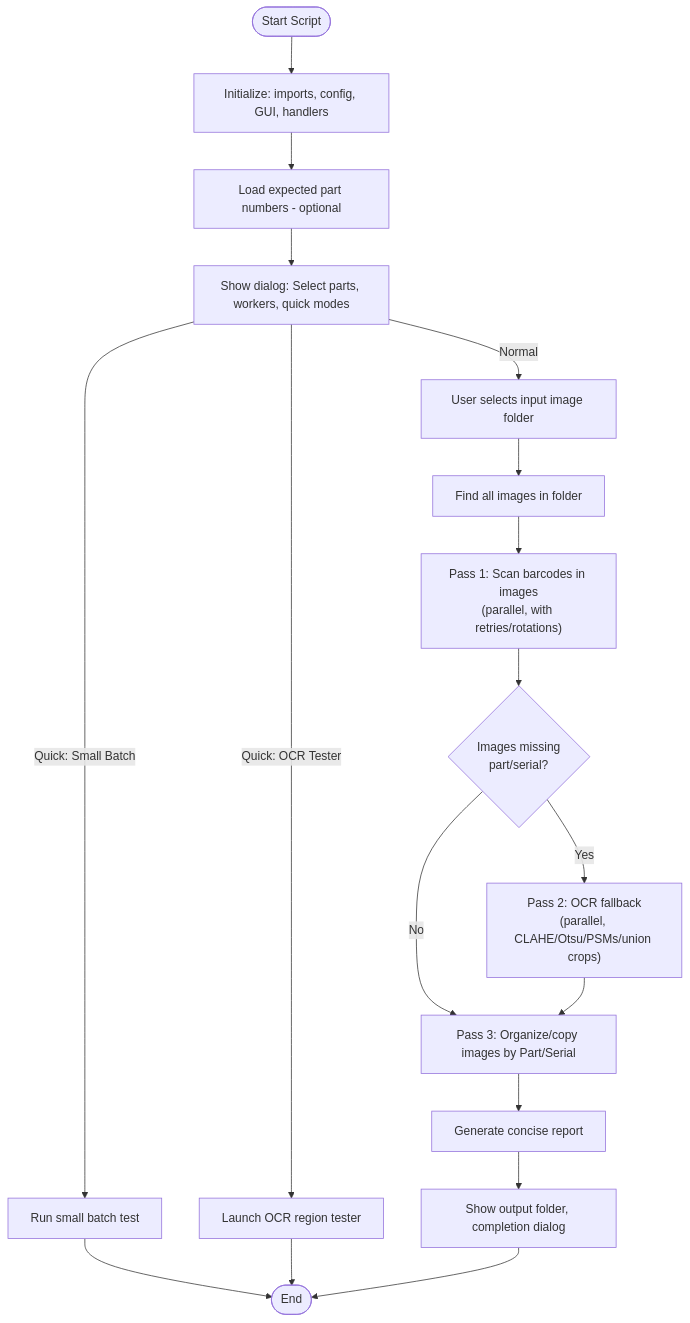
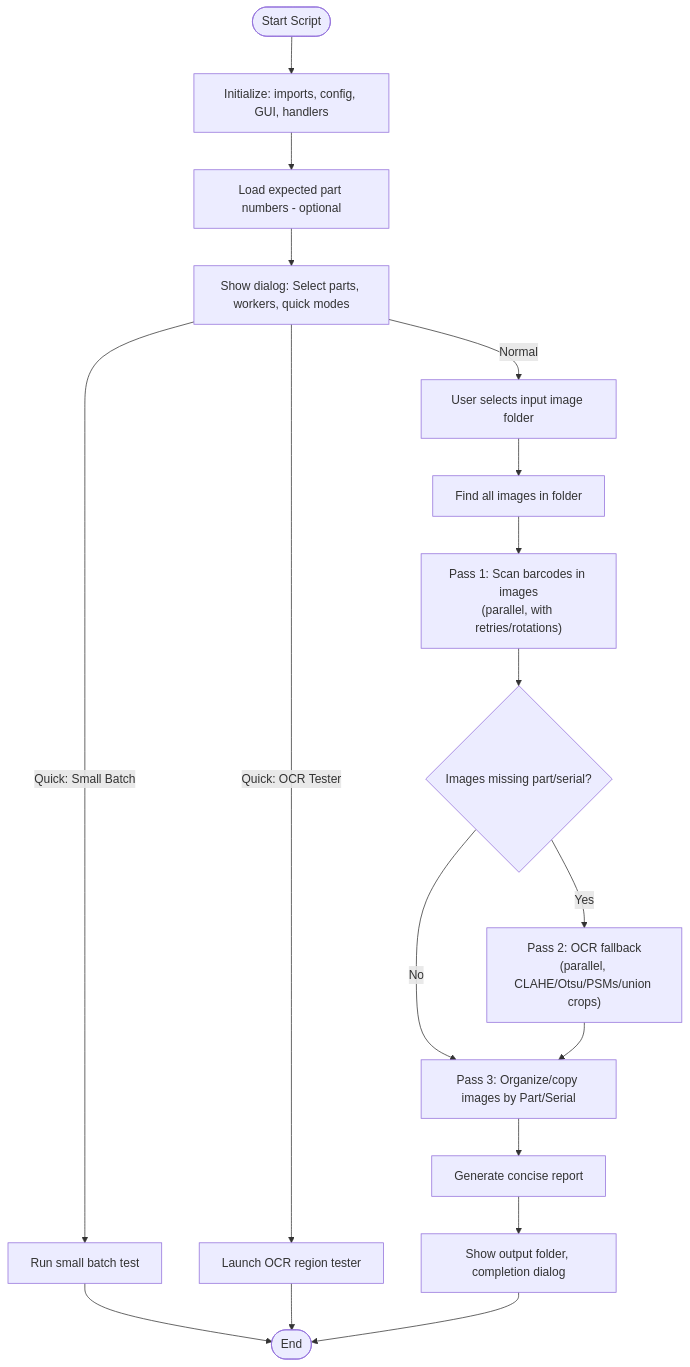
The diagram in Packaging Photo Sorter/README.md (matthewsolc66/Barcode-Reading), drawn with Mermaid before and after one commit. The commit also changed other lines of this file and 1 other file, not shown here.

````diff
--- a/Packaging Photo Sorter/README.md
+++ b/Packaging Photo Sorter/README.md
@@ -71,18 +66,18 @@
 ```mermaid
 flowchart TD
     ST([Start Script]) --> INIT[Initialize: imports, config, GUI, handlers]
     INIT --> LOAD_PARTS[Load expected part numbers - optional]
     LOAD_PARTS --> SEL_DIALOG[Show dialog: Select parts, workers, quick modes]
     SEL_DIALOG -->|Quick: Small Batch| SMALL_BATCH[Run small batch test] --> END
     SEL_DIALOG -->|Quick: OCR Tester| OCR_TESTER[Launch OCR region tester] --> END
     SEL_DIALOG -->|Normal| FOLDER[User selects input image folder]
     FOLDER --> FIND_FILES[Find all images in folder]
     FIND_FILES --> PASS1["Pass 1: Scan barcodes in images<br/>(parallel, with retries/rotations)<br/>"]
-    PASS1 --> CHECK_PASS2{Images missing\n part/serial?}
+    PASS1 --> CHECK_PASS2{Images missing part/serial?}
     CHECK_PASS2 -->|Yes| PASS2["Pass 2: OCR fallback<br/>(parallel, CLAHE/Otsu/PSMs/union crops)"]
     CHECK_PASS2 -->|No| PASS3["Pass 3: Organize/copy images by Part/Serial"]
     PASS2 --> PASS3
     PASS3 --> REPORT["Generate concise report"]
     REPORT --> OPEN_FOLDER["Show output folder, completion dialog"]
     OPEN_FOLDER --> END([End])
 ```
````
